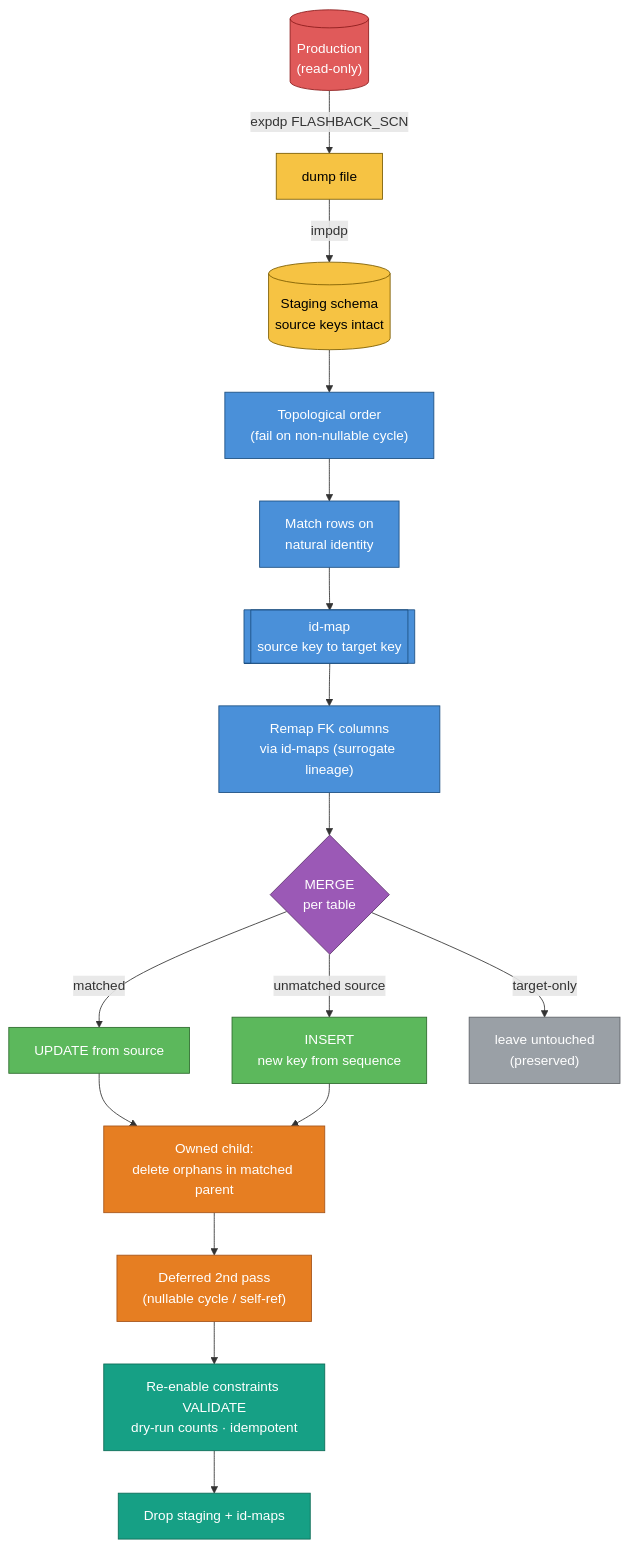
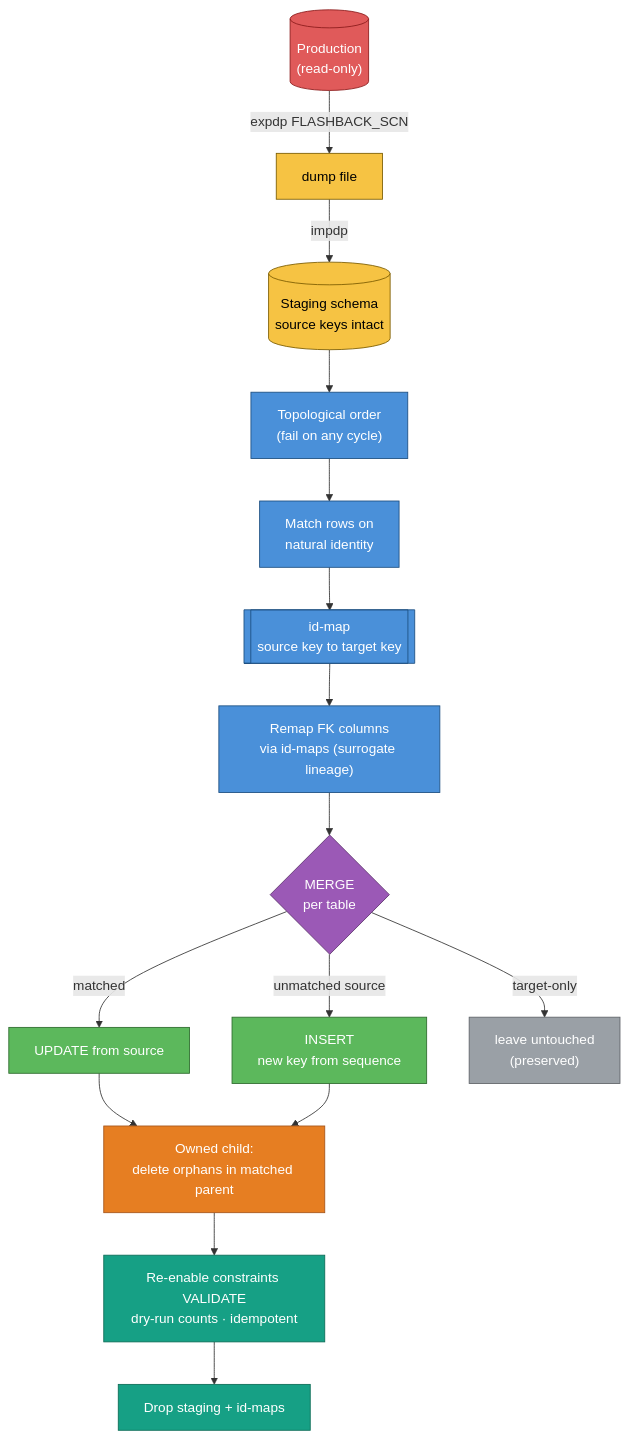
One commit to eliezio/resync changed the first of 2 diagrams in README.md. Above: the diagram before and after it, drawn with Mermaid. The commit also changed other lines of this file and 8 other files, not shown here.

````diff
--- a/README.md
+++ b/README.md
@@ -39,36 +39,35 @@
 ```mermaid
 flowchart TD
     SRC[("Production<br/>(read-only)")] -->|"expdp FLASHBACK_SCN"| DUMP["dump file"]
     DUMP -->|"impdp"| STG[("Staging schema<br/>source keys intact")]
-    STG --> ORDER["Topological order<br/>(fail on non-nullable cycle)"]
+    STG --> ORDER["Topological order<br/>(fail on any cycle)"]
     ORDER --> MATCH["Match rows on<br/>natural identity"]
     MATCH --> IDMAP[["id-map<br/>source key to target key"]]
     IDMAP --> REMAP["Remap FK columns<br/>via id-maps (surrogate lineage)"]
     REMAP --> MRG{"MERGE<br/>per table"}
     MRG -->|matched| UPD["UPDATE from source"]
     MRG -->|"unmatched source"| INS["INSERT<br/>new key from sequence"]
     MRG -->|"target-only"| KEEP["leave untouched<br/>(preserved)"]
     UPD --> ORPH["Owned child:<br/>delete orphans in matched parent"]
     INS --> ORPH
-    ORPH --> DEF["Deferred 2nd pass<br/>(nullable cycle / self-ref)"]
-    DEF --> VER["Re-enable constraints VALIDATE<br/>dry-run counts · idempotent"]
+    ORPH --> VER["Re-enable constraints VALIDATE<br/>dry-run counts · idempotent"]
     VER --> CLEAN["Drop staging + id-maps"]
 
     classDef src   fill:#e05a5a,stroke:#8b1a1a,color:#fff;
     classDef stg   fill:#f6c343,stroke:#7a5c00,color:#000;
     classDef step  fill:#4a90d9,stroke:#1c4e80,color:#fff;
     classDef dec   fill:#9b59b6,stroke:#5e356e,color:#fff;
     classDef write fill:#5cb85c,stroke:#2d6a2d,color:#fff;
     classDef keep  fill:#9aa0a6,stroke:#5f6368,color:#fff;
     classDef fix   fill:#e67e22,stroke:#a5541a,color:#fff;
     classDef done  fill:#16a085,stroke:#0c6b56,color:#fff;
 
     class SRC src;
     class DUMP,STG stg;
     class ORDER,MATCH,IDMAP,REMAP step;
     class MRG dec;
     class UPD,INS write;
     class KEEP keep;
-    class ORPH,DEF fix;
+    class ORPH fix;
     class VER,CLEAN done;
 ```
````
